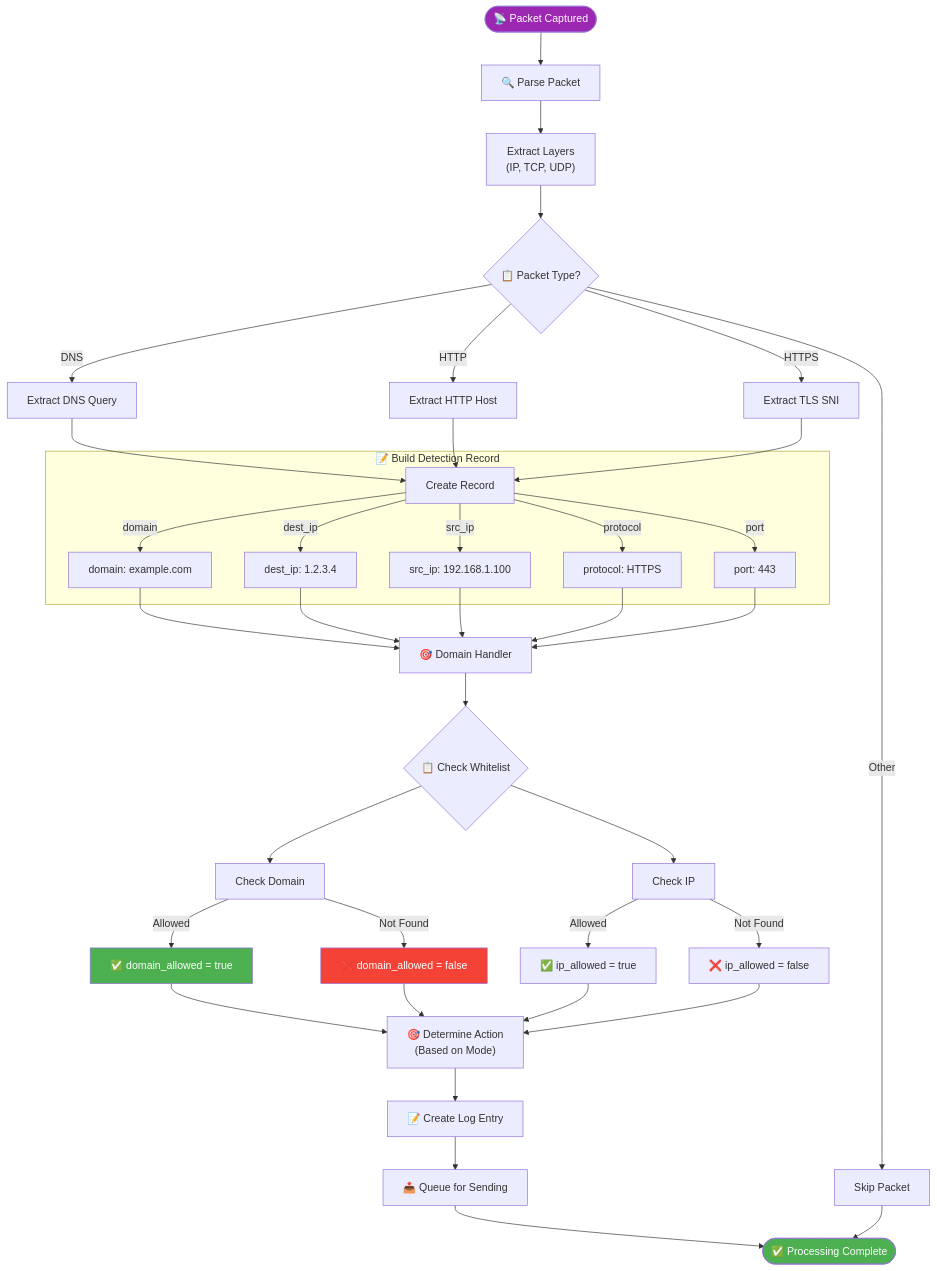
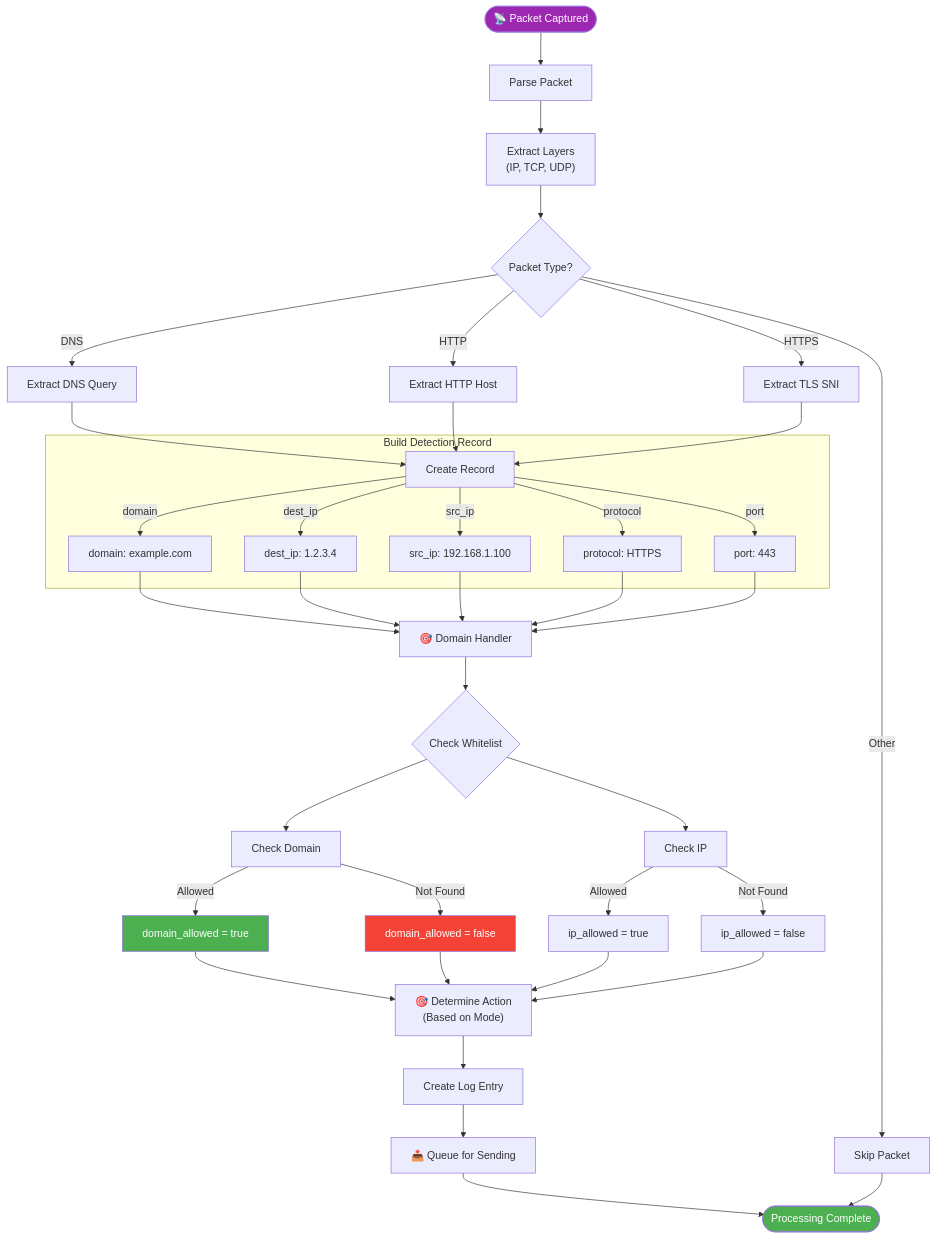
One commit to Son0ngu/Centralized_Network_Access_Control_System_for_Computer_Labs changed the fourth of 13 diagrams in docs/diagrams/FLOW_DIAGRAMS.md. Above: the diagram before and after it, drawn with Mermaid. The commit also changed other lines of this file and 65 other files, not shown here.

````diff
--- a/docs/diagrams/FLOW_DIAGRAMS.md
+++ b/docs/diagrams/FLOW_DIAGRAMS.md
@@ -186,59 +186,59 @@
 ```mermaid
 flowchart TD
-    CAPTURE([📡 Packet Captured]) --> PARSE["🔍 Parse Packet"]
+    CAPTURE([📡 Packet Captured]) --> PARSE["Parse Packet"]
     
     PARSE --> GET_LAYERS["Extract Layers<br/>(IP, TCP, UDP)"]
-    GET_LAYERS --> CHECK_TYPE{"📋 Packet Type?"}
+    GET_LAYERS --> CHECK_TYPE{"Packet Type?"}
     
     CHECK_TYPE --> |DNS| EXTRACT_DNS["Extract DNS Query"]
     CHECK_TYPE --> |HTTP| EXTRACT_HTTP["Extract HTTP Host"]
     CHECK_TYPE --> |HTTPS| EXTRACT_SNI["Extract TLS SNI"]
     CHECK_TYPE --> |Other| SKIP["Skip Packet"]
     
     EXTRACT_DNS --> BUILD_RECORD
     EXTRACT_HTTP --> BUILD_RECORD
     EXTRACT_SNI --> BUILD_RECORD
     
-    subgraph "📝 Build Detection Record"
+    subgraph "Build Detection Record"
         BUILD_RECORD["Create Record"]
         BUILD_RECORD --> |domain| DOMAIN["domain: example.com"]
         BUILD_RECORD --> |dest_ip| DESTIP["dest_ip: 1.2.3.4"]
         BUILD_RECORD --> |src_ip| SRCIP["src_ip: 192.168.1.100"]
         BUILD_RECORD --> |protocol| PROTO["protocol: HTTPS"]
         BUILD_RECORD --> |port| PORT["port: 443"]
     end
     
     DOMAIN --> HANDLER["🎯 Domain Handler"]
     DESTIP --> HANDLER
     SRCIP --> HANDLER
     PROTO --> HANDLER
     PORT --> HANDLER
     
-    HANDLER --> CHECK_WL{"📋 Check Whitelist"}
+    HANDLER --> CHECK_WL{"Check Whitelist"}
     
     CHECK_WL --> DOMAIN_CHECK["Check Domain"]
     CHECK_WL --> IP_CHECK["Check IP"]
     
-    DOMAIN_CHECK --> |Allowed| WL_ALLOWED["✅ domain_allowed = true"]
-    DOMAIN_CHECK --> |Not Found| WL_DOMAIN_DENY["❌ domain_allowed = false"]
+    DOMAIN_CHECK --> |Allowed| WL_ALLOWED["domain_allowed = true"]
+    DOMAIN_CHECK --> |Not Found| WL_DOMAIN_DENY["domain_allowed = false"]
     
-    IP_CHECK --> |Allowed| IP_ALLOWED["✅ ip_allowed = true"]
-    IP_CHECK --> |Not Found| IP_DENY["❌ ip_allowed = false"]
+    IP_CHECK --> |Allowed| IP_ALLOWED["ip_allowed = true"]
+    IP_CHECK --> |Not Found| IP_DENY["ip_allowed = false"]
     
     WL_ALLOWED --> DETERMINE_ACTION
     WL_DOMAIN_DENY --> DETERMINE_ACTION
     IP_ALLOWED --> DETERMINE_ACTION
     IP_DENY --> DETERMINE_ACTION
     
     DETERMINE_ACTION["🎯 Determine Action<br/>(Based on Mode)"]
-    DETERMINE_ACTION --> LOG_ENTRY["📝 Create Log Entry"]
+    DETERMINE_ACTION --> LOG_ENTRY["Create Log Entry"]
     LOG_ENTRY --> QUEUE_LOG["📤 Queue for Sending"]
-    QUEUE_LOG --> DONE([✅ Processing Complete])
+    QUEUE_LOG --> DONE([Processing Complete])
     
     SKIP --> DONE
     
     style CAPTURE fill:#9C27B0,color:#fff
     style DONE fill:#4CAF50,color:#fff
     style WL_ALLOWED fill:#4CAF50,color:#fff
     style WL_DOMAIN_DENY fill:#f44336,color:#fff
 ```
````
